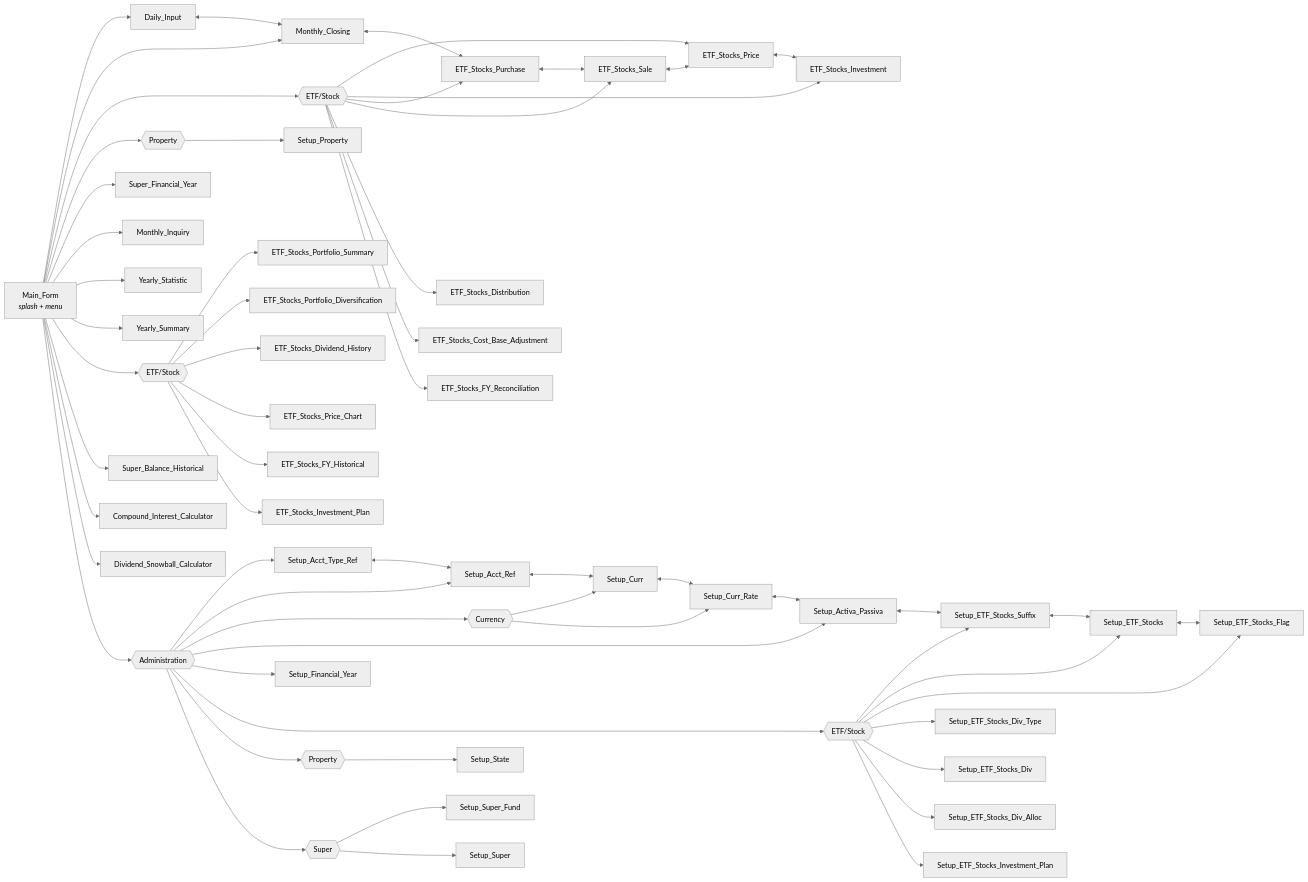
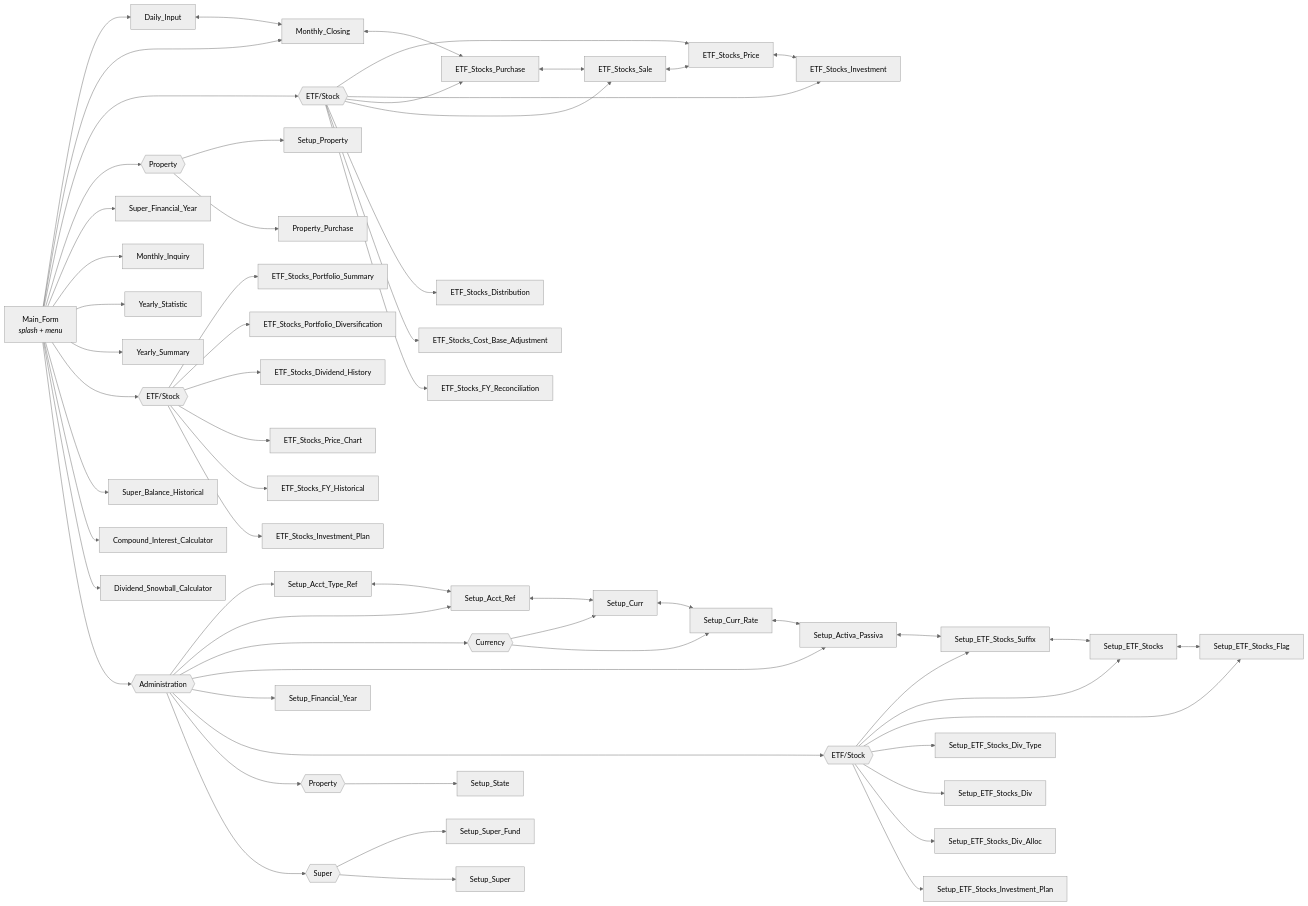
The second of 3 diagrams in README.md (oscar-rijadi/FinancialBalance), drawn with Mermaid (neutral theme) before and after one commit. The commit also changed other lines of this file and 56 other files, not shown here.

Commit message:
Implement Property Purchase Page

````diff
--- a/README.md
+++ b/README.md
@@ -109,67 +109,68 @@
 ```mermaid
 flowchart LR
     MAIN["Main_Form<br/><i>splash + menu</i>"]
 
     MAIN --> DI["Daily_Input"]
     MAIN --> MC["Monthly_Closing"]
     MAIN --> PETFG{{"ETF/Stock"}}
     PETFG --> ETP["ETF_Stocks_Price"]
     PETFG --> ETI["ETF_Stocks_Investment"]
     PETFG --> ETB["ETF_Stocks_Purchase"]
     PETFG --> ETS["ETF_Stocks_Sale"]
     PETFG --> ETD["ETF_Stocks_Distribution"]
     PETFG --> ECB["ETF_Stocks_Cost_Base_Adjustment"]
     PETFG --> ETR["ETF_Stocks_FY_Reconciliation"]
     MAIN --> PPROPG{{"Property"}}
     PPROPG --> SPROP["Setup_Property"]
+    PPROPG --> PPUR["Property_Purchase"]
     MAIN --> SFYP["Super_Financial_Year"]
     MAIN --> MI["Monthly_Inquiry"]
     MAIN --> YT["Yearly_Statistic"]
     MAIN --> YS["Yearly_Summary"]
     MAIN --> PORTG{{"ETF/Stock"}}
     PORTG --> PSUM["ETF_Stocks_Portfolio_Summary"]
     PORTG --> PDIV["ETF_Stocks_Portfolio_Diversification"]
     PORTG --> PDVH["ETF_Stocks_Dividend_History"]
     PORTG --> PPCH["ETF_Stocks_Price_Chart"]
     PORTG --> PFYH["ETF_Stocks_FY_Historical"]
     PORTG --> PIVP["ETF_Stocks_Investment_Plan"]
     MAIN --> SBH["Super_Balance_Historical"]
     MAIN --> CIC["Compound_Interest_Calculator"]
     MAIN --> DSC["Dividend_Snowball_Calculator"]
 
     MAIN --> ADMIN{{"Administration"}}
     ADMIN --> SATR["Setup_Acct_Type_Ref"]
     ADMIN --> SAR["Setup_Acct_Ref"]
     ADMIN --> CURG{{"Currency"}}
     CURG --> SC["Setup_Curr"]
     CURG --> SCR["Setup_Curr_Rate"]
     ADMIN --> SAP["Setup_Activa_Passiva"]
     ADMIN --> SFY["Setup_Financial_Year"]
     ADMIN --> ETFG{{"ETF/Stock"}}
     ETFG --> SES["Setup_ETF_Stocks_Suffix"]
     ETFG --> SET["Setup_ETF_Stocks"]
     ETFG --> SEF["Setup_ETF_Stocks_Flag"]
     ETFG --> SDT["Setup_ETF_Stocks_Div_Type"]
     ETFG --> SDV["Setup_ETF_Stocks_Div"]
     ETFG --> SDA["Setup_ETF_Stocks_Div_Alloc"]
     ETFG --> SIP["Setup_ETF_Stocks_Investment_Plan"]
     ADMIN --> PROPG{{"Property"}}
     PROPG --> SST["Setup_State"]
     ADMIN --> SUPG{{"Super"}}
     SUPG --> SSF["Setup_Super_Fund"]
     SUPG --> SSU["Setup_Super"]
 
     DI <--> MC
     MC <--> ETB
     ETB <--> ETS
     ETS <--> ETP
     ETP <--> ETI
 
     SATR <--> SAR
     SAR <--> SC
     SC <--> SCR
     SCR <--> SAP
     SAP <--> SES
     SES <--> SET
     SET <--> SEF
 ```
````
